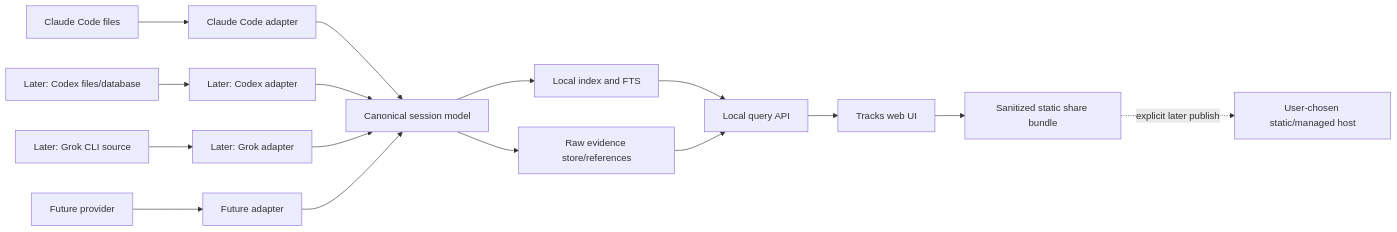
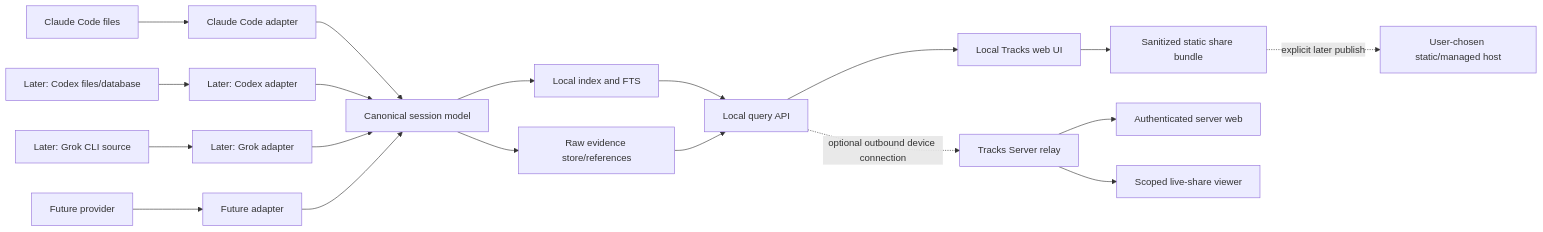
Before and after one commit to amitray007/tracks: the first of 3 diagrams in docs/architecture/overview.md, drawn with Mermaid. The commit also changed other lines of this file and 26 other files, not shown here.

Commit message:
feat: add live sharing server foundation

```diff
--- a/docs/architecture/overview.md
+++ b/docs/architecture/overview.md
@@ -15,20 +15,23 @@
 ~~~mermaid
 flowchart LR
     CC["Claude Code files"] --> CCA["Claude Code adapter"]
     CX["Later: Codex files/database"] --> CXA["Later: Codex adapter"]
     GK["Later: Grok CLI source"] --> GKA["Later: Grok adapter"]
     FP["Future provider"] --> FPA["Future adapter"]
 
     CCA --> N["Canonical session model"]
     CXA --> N
     GKA --> N
     FPA --> N
 
     N --> IDX["Local index and FTS"]
     N --> RAW["Raw evidence store/references"]
     IDX --> API["Local query API"]
     RAW --> API
-    API --> UI["Tracks web UI"]
+    API --> UI["Local Tracks web UI"]
     UI --> EXP["Sanitized static share bundle"]
     EXP -. explicit later publish .-> HOST["User-chosen static/managed host"]
+    API -. optional outbound device connection .-> RELAY["Tracks Server relay"]
+    RELAY --> OWNER["Authenticated server web"]
+    RELAY --> LIVE["Scoped live-share viewer"]
 ~~~
```
